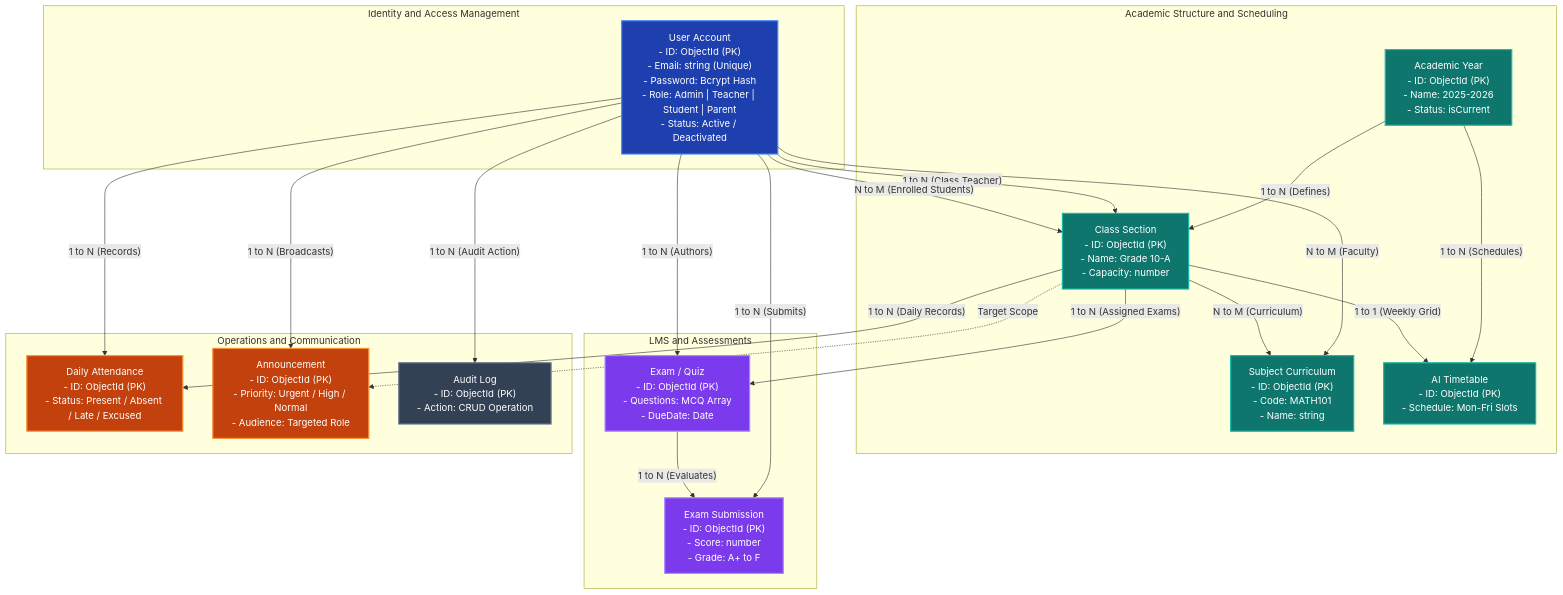
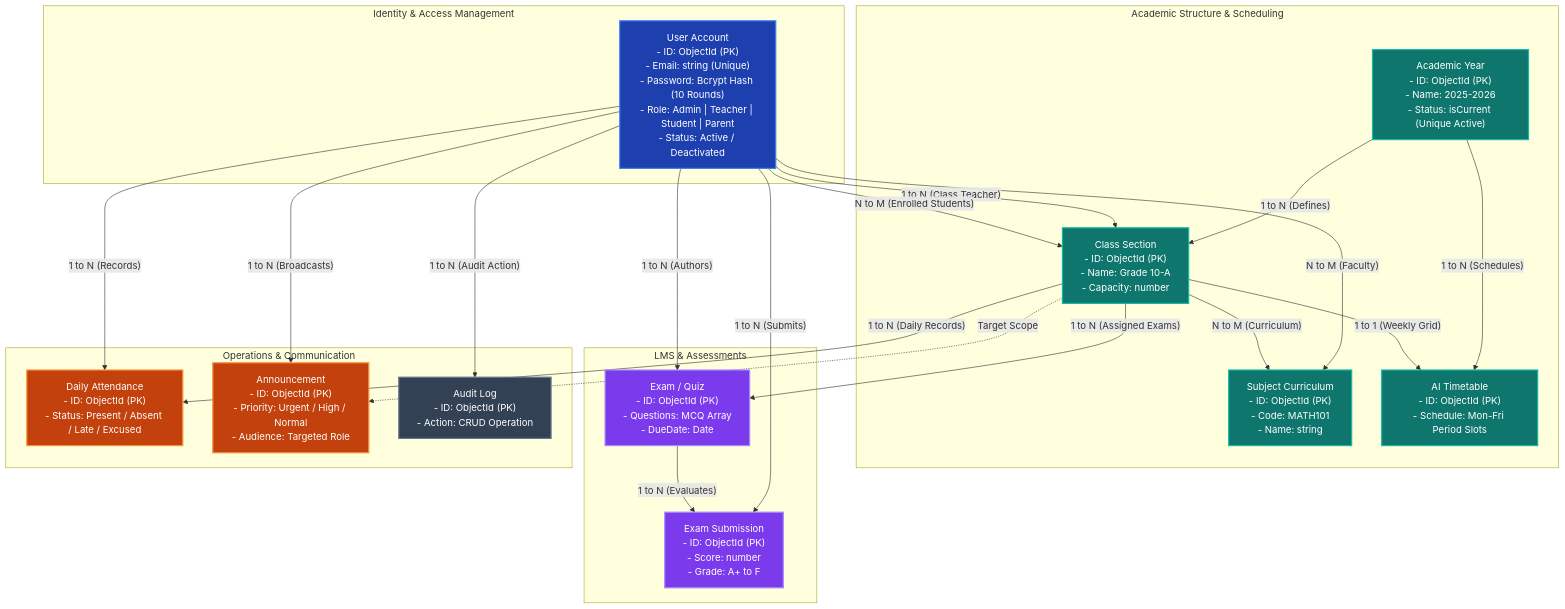
The second of 2 diagrams in readme.md (Sekhar01807/School-Management), drawn with Mermaid before and after one commit. The commit also changed other lines of this file, not shown here.

````diff
--- a/readme.md
+++ b/readme.md
@@ -201,80 +184,80 @@
 ```mermaid
 flowchart TD
     classDef userNode fill:#1E40AF,stroke:#3B82F6,stroke-width:2px,color:#fff;
     classDef academicNode fill:#0F766E,stroke:#14B8A6,stroke-width:2px,color:#fff;
     classDef lmsNode fill:#7C3AED,stroke:#A78BFA,stroke-width:2px,color:#fff;
     classDef opsNode fill:#C2410C,stroke:#FB923C,stroke-width:2px,color:#fff;
     classDef logNode fill:#334155,stroke:#64748B,stroke-width:2px,color:#fff;
 
-    subgraph UserManagement ["Identity and Access Management"]
+    subgraph UserManagement ["Identity & Access Management"]
         User["User Account
 - ID: ObjectId (PK)
 - Email: string (Unique)
-- Password: Bcrypt Hash
+- Password: Bcrypt Hash (10 Rounds)
 - Role: Admin | Teacher | Student | Parent
 - Status: Active / Deactivated"]:::userNode
     end
 
-    subgraph AcademicCore ["Academic Structure and Scheduling"]
+    subgraph AcademicCore ["Academic Structure & Scheduling"]
         AcademicYear["Academic Year
 - ID: ObjectId (PK)
 - Name: 2025-2026
-- Status: isCurrent"]:::academicNode
+- Status: isCurrent (Unique Active)"]:::academicNode
         ClassSection["Class Section
 - ID: ObjectId (PK)
 - Name: Grade 10-A
 - Capacity: number"]:::academicNode
         Subject["Subject Curriculum
 - ID: ObjectId (PK)
 - Code: MATH101
 - Name: string"]:::academicNode
         Timetable["AI Timetable
 - ID: ObjectId (PK)
-- Schedule: Mon-Fri Slots"]:::academicNode
+- Schedule: Mon-Fri Period Slots"]:::academicNode
     end
 
-    subgraph LMSModule ["LMS and Assessments"]
+    subgraph LMSModule ["LMS & Assessments"]
         Exam["Exam / Quiz
 - ID: ObjectId (PK)
 - Questions: MCQ Array
 - DueDate: Date"]:::lmsNode
         Submission["Exam Submission
 - ID: ObjectId (PK)
 - Score: number
 - Grade: A+ to F"]:::lmsNode
     end
 
-    subgraph OperationsModule ["Operations and Communication"]
+    subgraph OperationsModule ["Operations & Communication"]
         Attendance["Daily Attendance
 - ID: ObjectId (PK)
 - Status: Present / Absent / Late / Excused"]:::opsNode
         Announcement["Announcement
 - ID: ObjectId (PK)
 - Priority: Urgent / High / Normal
 - Audience: Targeted Role"]:::opsNode
         ActivitiesLog["Audit Log
 - ID: ObjectId (PK)
 - Action: CRUD Operation"]:::logNode
     end
 
     %% Relational Connections
     AcademicYear -->|"1 to N (Defines)"| ClassSection
     AcademicYear -->|"1 to N (Schedules)"| Timetable
     
     User -->|"1 to N (Class Teacher)"| ClassSection
     User -->|"N to M (Enrolled Students)"| ClassSection
     User -->|"N to M (Faculty)"| Subject
     User -->|"1 to N (Authors)"| Exam
     User -->|"1 to N (Submits)"| Submission
     User -->|"1 to N (Records)"| Attendance
     User -->|"1 to N (Broadcasts)"| Announcement
     User -->|"1 to N (Audit Action)"| ActivitiesLog
 
     ClassSection -->|"N to M (Curriculum)"| Subject
     ClassSection -->|"1 to 1 (Weekly Grid)"| Timetable
     ClassSection -->|"1 to N (Assigned Exams)"| Exam
     ClassSection -->|"1 to N (Daily Records)"| Attendance
     ClassSection -.->|"Target Scope"| Announcement
 
     Exam -->|"1 to N (Evaluates)"| Submission
 ```
````
